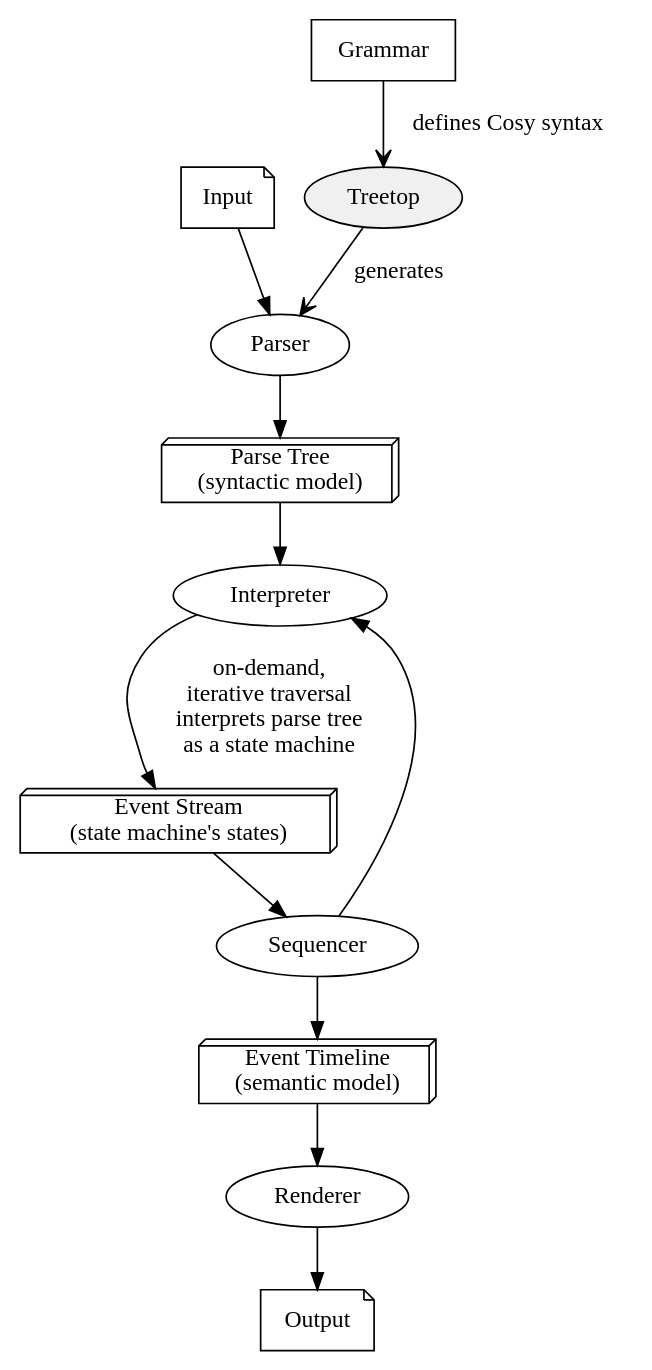
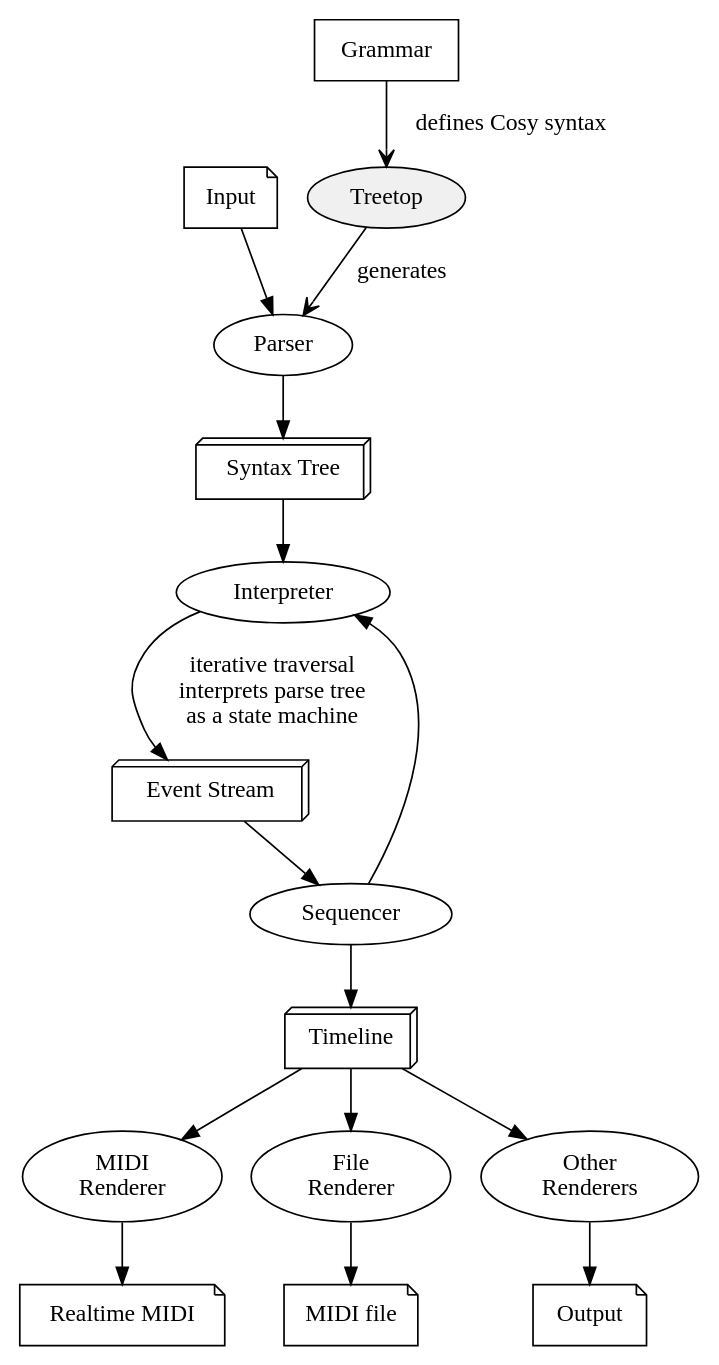
One commit to adamjmurray/cosy changed the diagram in doc/architecture.dot. Above: the diagram before and after it, drawn with Graphviz. The commit also changed 7 other files, not shown here.

Commit message:
Sequencer refactored to Interpreter

```diff
--- a/doc/architecture.dot
+++ b/doc/architecture.dot
@@ -1,26 +1,34 @@
 digraph g {
 	
 	Input [shape=note]
 	Grammar [shape=rectangle]
 	Treetop [style=filled fillcolor="#f0f0f0"]
 	Parser
-	ParseTree [label="Parse Tree\n(syntactic model)" shape=box3d]
+	SyntaxTree [label="Syntax Tree" shape=box3d]
 	Interpreter
-	Events [label="Event Stream\n(state machine's states)" shape=box3d]
+	Events [label="Event Stream" shape=box3d]
 	Sequencer
-	Timeline [label="Event Timeline\n(semantic model)" shape=box3d]
-	Renderer
+	Timeline [label="Timeline" shape=box3d]
+	MidiRenderer [label="MIDI\nRenderer"]
+	MidiOutput [label="Realtime MIDI" shape=note]
+	MidiFileRenderer [label="File\nRenderer"]
+	MidiFileOutput [label="MIDI file" shape=note]
+	Renderer [label="Other\nRenderers"]
 	Output [shape=note]
 	
 	Input -> Parser
 	Grammar -> Treetop [label=" defines Cosy syntax" arrowhead=vee]
 	Treetop -> Parser [label="generates" arrowhead=vee]
-	Parser -> ParseTree
-	ParseTree -> Interpreter
-	Interpreter -> Events  [label="on-demand,\niterative traversal\ninterprets parse tree\nas a state machine"]
+	Parser -> SyntaxTree
+	SyntaxTree -> Interpreter
+	Interpreter -> Events  [label="iterative traversal\ninterprets parse tree\nas a state machine"]
 	Events -> Sequencer
 	Sequencer -> Interpreter
 	Sequencer -> Timeline
+	Timeline -> MidiRenderer
+	MidiRenderer -> MidiOutput
+	Timeline -> MidiFileRenderer
+	MidiFileRenderer -> MidiFileOutput
 	Timeline -> Renderer
-	Renderer -> Output
+	Renderer -> Output	
 }
```
